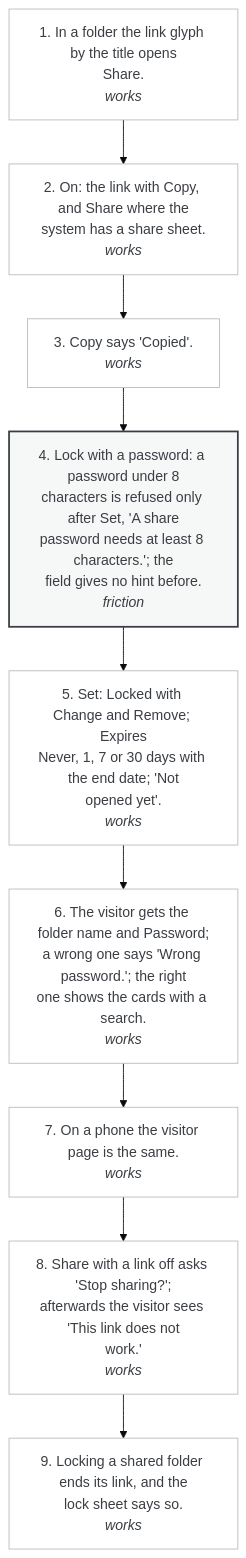
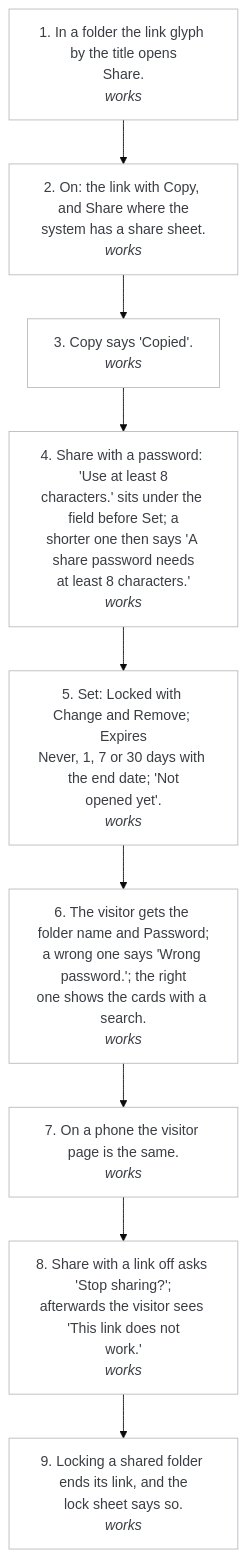
The diagram in design/wireframes/flows/06-share-links.mmd (pinned-cc/pinned), drawn with Mermaid (base theme) before and after one commit. The commit also changed 24 other files, not shown here.

Commit message:
Wireframes: the flows describe 0.1.12, step texts and verdicts from the flow test of 04.11 and the 0.1.12 build; the lock note, What's new, the extension's http warning and the phone head when the server is down drawn as they are; build.py no longer rewrites the record of 31.10

```diff
--- a/design/wireframes/flows/06-share-links.mmd
+++ b/design/wireframes/flows/06-share-links.mmd
@@ -1,21 +1,21 @@
 flowchart TD
   classDef works fill:#ffffff,stroke:#b8babe,color:#3a3e44;
   classDef friction fill:#f6f7f7,stroke:#3a3e44,stroke-width:2px,color:#3a3e44;
   classDef broken fill:#ffffff,stroke:#c4362b,stroke-width:2px,color:#c4362b;
   S1["1. In a folder the link glyph by the title opens<br/>Share.<br/><i>works</i>"]:::works
   S2["2. On: the link with Copy, and Share where the<br/>system has a share sheet.<br/><i>works</i>"]:::works
   S3["3. Copy says 'Copied'.<br/><i>works</i>"]:::works
-  S4["4. Lock with a password: a password under 8<br/>characters is refused only after Set, 'A share<br/>password needs at least 8 characters.'; the<br/>field gives no hint before.<br/><i>friction</i>"]:::friction
+  S4["4. Share with a password: 'Use at least 8<br/>characters.' sits under the field before Set; a<br/>shorter one then says 'A share password needs<br/>at least 8 characters.'<br/><i>works</i>"]:::works
   S5["5. Set: Locked with Change and Remove; Expires<br/>Never, 1, 7 or 30 days with the end date; 'Not<br/>opened yet'.<br/><i>works</i>"]:::works
   S6["6. The visitor gets the folder name and Password;<br/>a wrong one says 'Wrong password.'; the right<br/>one shows the cards with a search.<br/><i>works</i>"]:::works
   S7["7. On a phone the visitor page is the same.<br/><i>works</i>"]:::works
   S8["8. Share with a link off asks 'Stop sharing?';<br/>afterwards the visitor sees 'This link does not<br/>work.'<br/><i>works</i>"]:::works
   S9["9. Locking a shared folder ends its link, and the<br/>lock sheet says so.<br/><i>works</i>"]:::works
   S1 --> S2
   S2 --> S3
   S3 --> S4
   S4 --> S5
   S5 --> S6
   S6 --> S7
   S7 --> S8
   S8 --> S9
```
